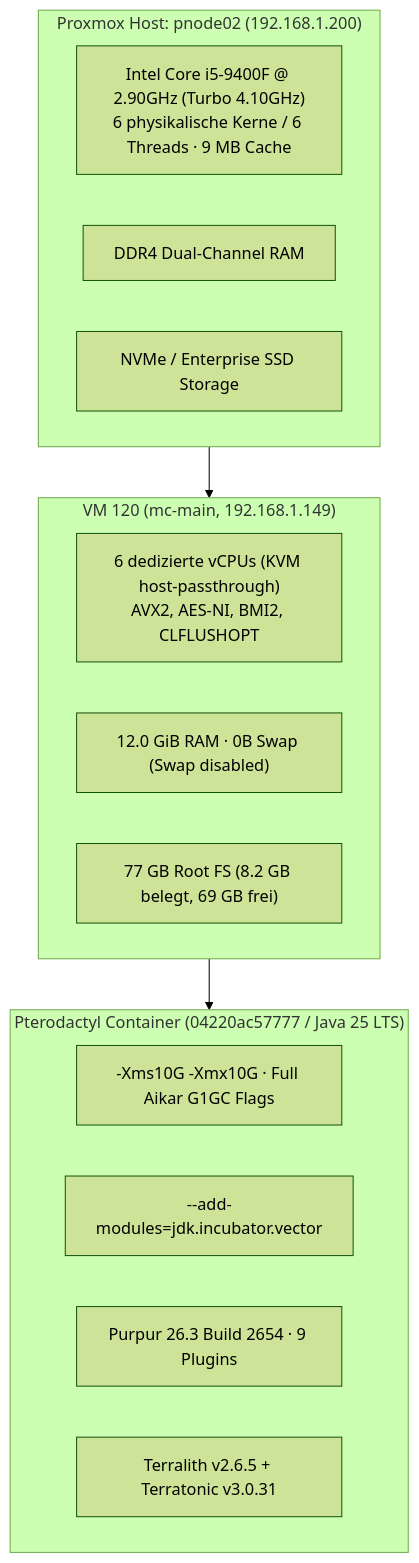
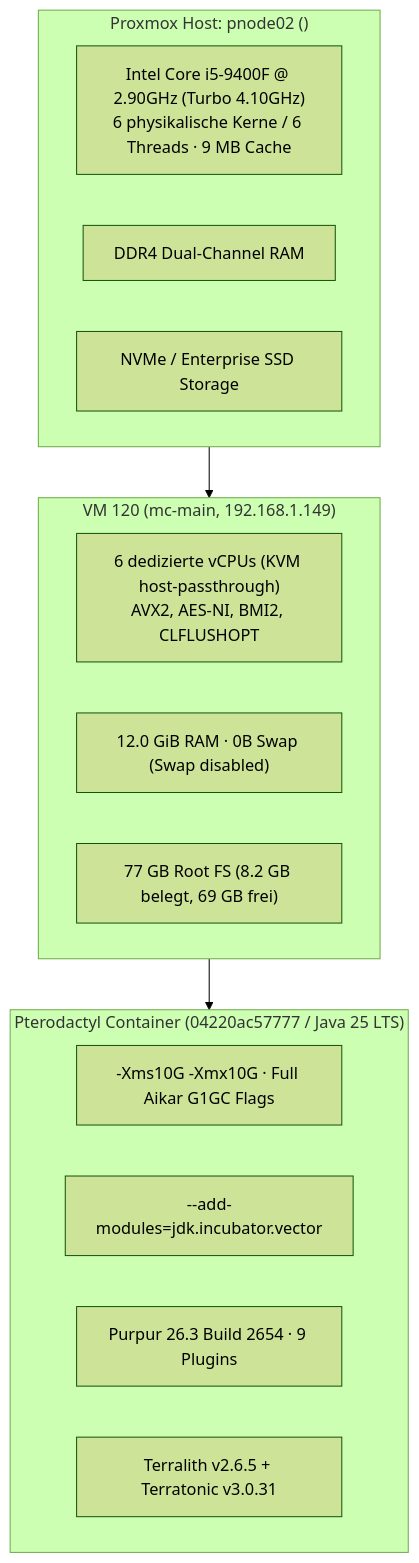
The first of 3 diagrams in docs/benchmark_hauptnode_stress_test_report.md (Tigimax/minecraft-weihnachtsdorf-team), drawn with Mermaid (forest theme) before and after one commit. The commit also changed 39 other files, not shown here.

````diff
--- a/docs/benchmark_hauptnode_stress_test_report.md
+++ b/docs/benchmark_hauptnode_stress_test_report.md
@@ -30,23 +30,23 @@
 ```mermaid
 flowchart TD
-    subgraph PNODE02["Proxmox Host: pnode02 (192.168.1.200)"]
+    subgraph PNODE02["Proxmox Host: pnode02 (<PROXMOX_NODE2_IP>)"]
         CPU["Intel Core i5-9400F @ 2.90GHz (Turbo 4.10GHz)<br/>6 physikalische Kerne / 6 Threads · 9 MB Cache"]
         RAM["DDR4 Dual-Channel RAM"]
         SSD["NVMe / Enterprise SSD Storage"]
     end
 
     subgraph VM120["VM 120 (mc-main, 192.168.1.149)"]
         KVM["6 dedizierte vCPUs (KVM host-passthrough)<br/>AVX2, AES-NI, BMI2, CLFLUSHOPT"]
         MEM["12.0 GiB RAM · 0B Swap (Swap disabled)"]
         DISK["77 GB Root FS (8.2 GB belegt, 69 GB frei)"]
     end
 
     subgraph DOCKER["Pterodactyl Container (04220ac57777 / Java 25 LTS)"]
         HEAP["-Xms10G -Xmx10G · Full Aikar G1GC Flags"]
         VEC["--add-modules=jdk.incubator.vector"]
         PURPUR["Purpur 26.3 Build 2654 · 9 Plugins"]
         DP["Terralith v2.6.5 + Terratonic v3.0.31"]
     end
 
     PNODE02 --> VM120 --> DOCKER
 ```
````
